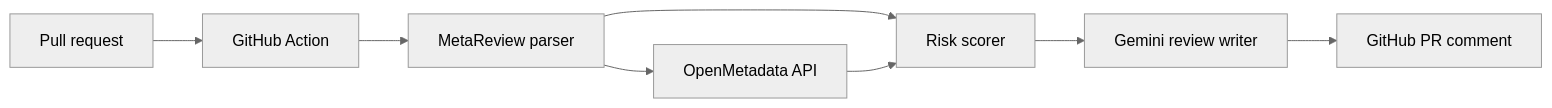
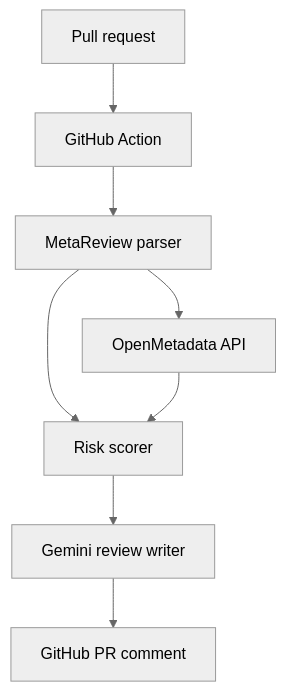
One commit to prantikmedhi/MetaReview changed the diagram in README.md. Above: the diagram before and after it, drawn with Mermaid (neutral theme). The commit also changed other lines of this file and 4 other files, not shown here.

````diff
--- a/README.md
+++ b/README.md
@@ -22,10 +31,10 @@
 ```mermaid
-flowchart LR
+flowchart TD
     A[Pull request] --> B[GitHub Action]
     B --> C[MetaReview parser]
     C --> D[OpenMetadata API]
     C --> E[Risk scorer]
     D --> E
     E --> F[Gemini review writer]
     F --> G[GitHub PR comment]
 ```
````
